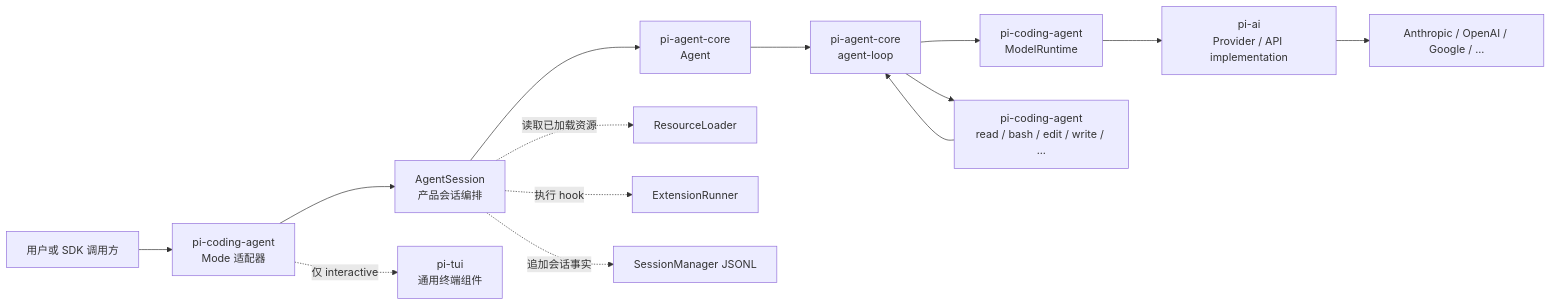
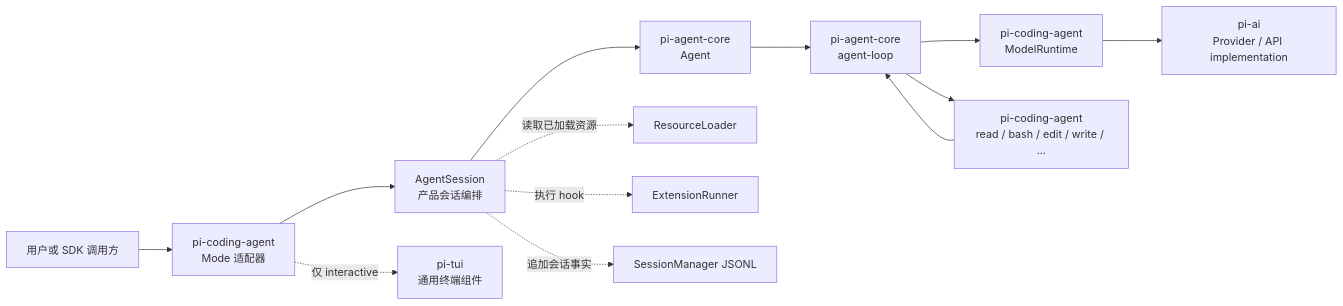
One commit to tcy1999/pi changed the first of 3 diagrams in architecture-analysis/01-architecture-overview.md. Above: the diagram before and after it, drawn with Mermaid. The commit also changed other lines of this file and 28 other files, not shown here.

````diff
--- a/architecture-analysis/01-architecture-overview.md
+++ b/architecture-analysis/01-architecture-overview.md
@@ -7,17 +7,16 @@
 ```mermaid
 flowchart LR
   USER["用户或 SDK 调用方"] --> MODE["pi-coding-agent\nMode 适配器"]
   MODE --> SESSION["AgentSession\n产品会话编排"]
   SESSION --> AGENT["pi-agent-core\nAgent"]
   AGENT --> LOOP["pi-agent-core\nagent-loop"]
   LOOP --> MODEL["pi-coding-agent\nModelRuntime"]
   MODEL --> AI["pi-ai\nProvider / API implementation"]
-  AI --> PROVIDER["Anthropic / OpenAI / Google / ..."]
   LOOP --> TOOLS["pi-coding-agent\nread / bash / edit / write / ..."]
   TOOLS --> LOOP
 
   SESSION -. "读取已加载资源" .-> RES["ResourceLoader"]
   SESSION -. "执行 hook" .-> EXT["ExtensionRunner"]
   SESSION -. "追加会话事实" .-> STORE["SessionManager JSONL"]
   MODE -. "仅 interactive" .-> TUI["pi-tui\n通用终端组件"]
 ```
````
